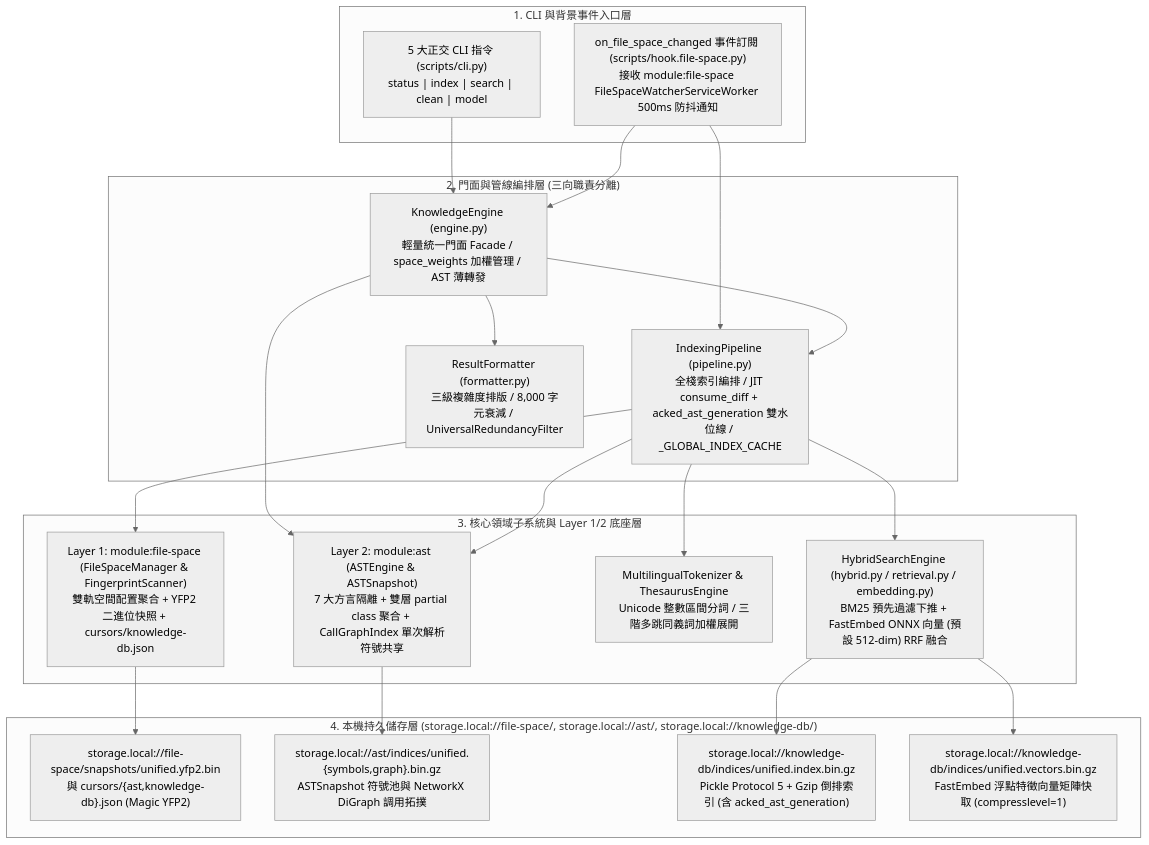
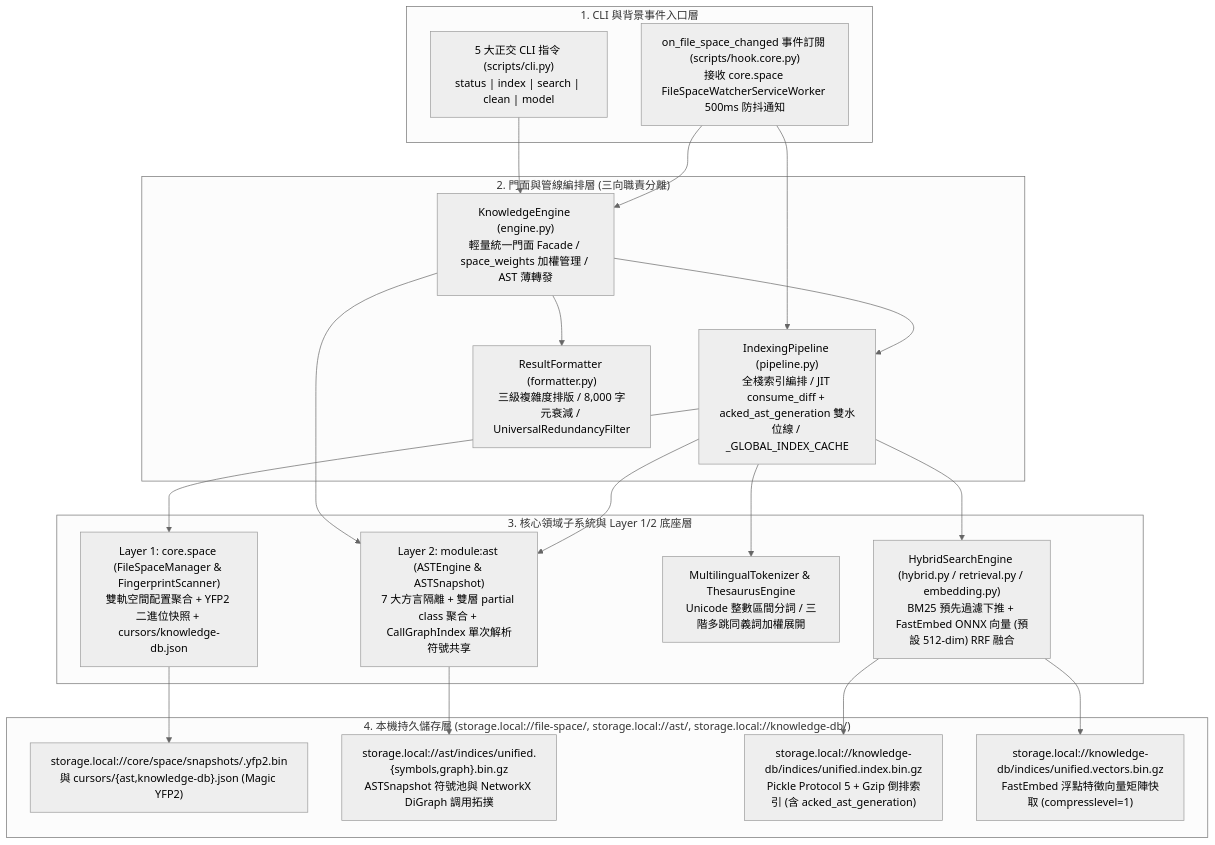
Before and after one commit to ysnaive/ys-codebase: the first of 2 diagrams in docs/knowledge-db/architecture.md, drawn with Mermaid (neutral theme). The commit also changed other lines of this file and 36 other files, not shown here.

````diff
--- a/docs/knowledge-db/architecture.md
+++ b/docs/knowledge-db/architecture.md
@@ -31,35 +32,35 @@
 ```mermaid
 flowchart TD
     subgraph CLILayer ["1. CLI 與背景事件入口層"]
         CLI["5 大正交 CLI 指令 (scripts/cli.py)<br/>status | index | search | clean | model"]
-        HookSpace["on_file_space_changed 事件訂閱 (scripts/hook.file-space.py)<br/>接收 module:file-space FileSpaceWatcherServiceWorker 500ms 防抖通知"]
+        HookSpace["on_file_space_changed 事件訂閱 (scripts/hook.core.py)<br/>接收 core.space FileSpaceWatcherServiceWorker 500ms 防抖通知"]
     end
 
     subgraph FacadeLayer ["2. 門面與管線編排層 (三向職責分離)"]
         Engine["KnowledgeEngine (engine.py)<br/>輕量統一門面 Facade / space_weights 加權管理 / AST 薄轉發"]
         Pipeline["IndexingPipeline (pipeline.py)<br/>全棧索引編排 / JIT consume_diff + acked_ast_generation 雙水位線 / _GLOBAL_INDEX_CACHE"]
         Formatter["ResultFormatter (formatter.py)<br/>三級複雜度排版 / 8,000 字元衰減 / UniversalRedundancyFilter"]
     end
 
     subgraph CoreSubsystems ["3. 核心領域子系統與 Layer 1/2 底座層"]
-        SpaceMod["Layer 1: module:file-space (FileSpaceManager & FingerprintScanner)<br/>雙軌空間配置聚合 + YFP2 二進位快照 + cursors/knowledge-db.json"]
+        SpaceMod["Layer 1: core.space (FileSpaceManager & FingerprintScanner)<br/>雙軌空間配置聚合 + YFP2 二進位快照 + cursors/knowledge-db.json"]
         ASTMod["Layer 2: module:ast (ASTEngine & ASTSnapshot)<br/>7 大方言隔離 + 雙層 partial class 聚合 + CallGraphIndex 單次解析符號共享"]
         Tokenizer["MultilingualTokenizer & ThesaurusEngine<br/>Unicode 整數區間分詞 / 三階多跳同義詞加權展開"]
         Hybrid["HybridSearchEngine (hybrid.py / retrieval.py / embedding.py)<br/>BM25 預先過濾下推 + FastEmbed ONNX 向量 (預設 512-dim) RRF 融合"]
     end
 
     subgraph StorageLayer ["4. 本機持久儲存層 (storage.local://file-space/, storage.local://ast/, storage.local://knowledge-db/)"]
-        MetaBin["storage.local://file-space/snapshots/unified.yfp2.bin<br/>與 cursors/{ast,knowledge-db}.json (Magic YFP2)"]
+        MetaBin["storage.local://core/space/snapshots/<space>.yfp2.bin<br/>與 cursors/{ast,knowledge-db}.json (Magic YFP2)"]
         ASTBin["storage.local://ast/indices/unified.{symbols,graph}.bin.gz<br/>ASTSnapshot 符號池與 NetworkX DiGraph 調用拓撲"]
         IndexBin["storage.local://knowledge-db/indices/unified.index.bin.gz<br/>Pickle Protocol 5 + Gzip 倒排索引 (含 acked_ast_generation)"]
         VecBin["storage.local://knowledge-db/indices/unified.vectors.bin.gz<br/>FastEmbed 浮點特徵向量矩陣快取 (compresslevel=1)"]
     end
 
     CLI --> Engine
     HookSpace --> Engine & Pipeline
     Engine --> Pipeline & ASTMod & Formatter
     Pipeline --> SpaceMod & ASTMod & Tokenizer & Hybrid
     SpaceMod --> MetaBin
     ASTMod --> ASTBin
     Hybrid --> IndexBin & VecBin
 ```
````
